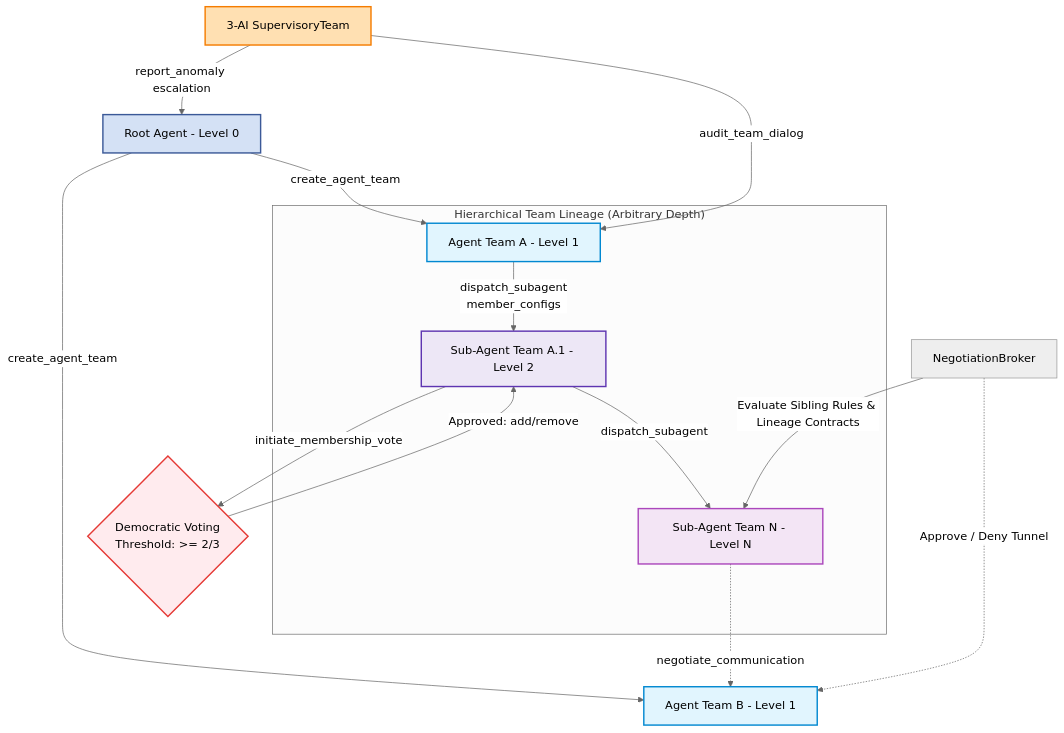
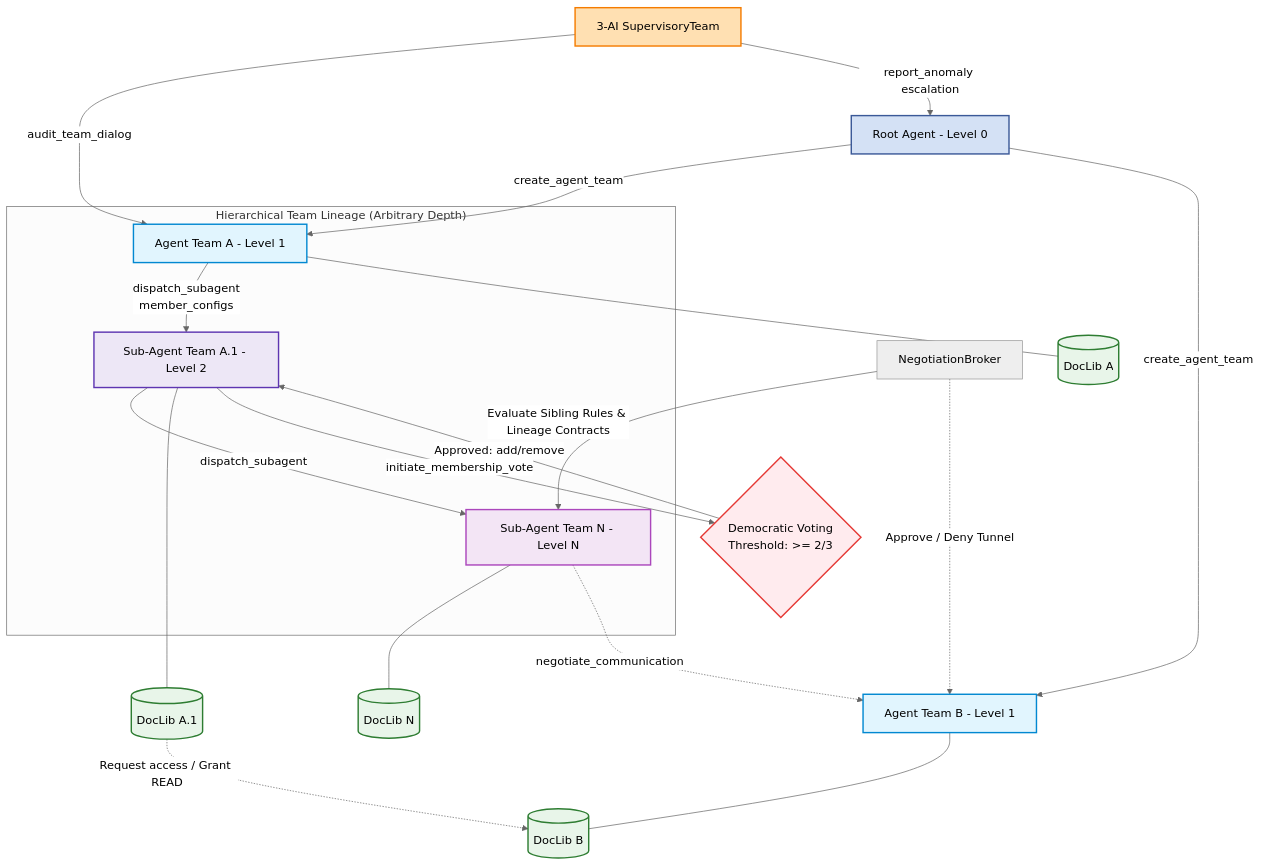
One commit to AI-Team-Team/AI-Team-Team changed the diagram in README.md. Above: the diagram before and after it, drawn with Mermaid (neutral theme). The commit also changed other lines of this file and 13 other files, not shown here.

````diff
--- a/README.md
+++ b/README.md
@@ -74,33 +75,45 @@
 ```mermaid
 graph TD
     %% Lineage Spawning
     Root[Root Agent - Level 0] -->|create_agent_team| TeamA[Agent Team A - Level 1]
     Root -->|create_agent_team| TeamB[Agent Team B - Level 1]
     
     subgraph Lineage ["Hierarchical Team Lineage (Arbitrary Depth)"]
         TeamA -->|dispatch_subagent\nmember_configs| SubTeamA1[Sub-Agent Team A.1 - Level 2]
         SubTeamA1 -->|dispatch_subagent| SubTeamN[Sub-Agent Team N - Level N]
     end
+
+    %% Document Library
+    TeamA --- DocLibA[(DocLib A)]
+    SubTeamA1 --- DocLibA1[(DocLib A.1)]
+    SubTeamN --- DocLibN[(DocLib N)]
+    TeamB --- DocLibB[(DocLib B)]
+    
+    DocLibA1 -.->|Request access / Grant READ| DocLibB
 
     %% Communication Permission Gating
     SubTeamN -.->|negotiate_communication| TeamB
     Broker[NegotiationBroker] -->|Evaluate Sibling Rules & Lineage Contracts| SubTeamN
     Broker -.->|Approve / Deny Tunnel| TeamB
 
     %% Supervisory Dialogue Audits & Escalation
     Supervisor[3-AI SupervisoryTeam] -->|audit_team_dialog| TeamA
     Supervisor -->|report_anomaly escalation| Root
 
     %% Democratic Voting System
     SubTeamA1 -->|initiate_membership_vote| Voting{Democratic Voting\nThreshold: >= 2/3}
     Voting -->|Approved: add/remove| SubTeamA1
     
     %% Styles
     style Root fill:#d4e1f5,stroke:#3b5998,stroke-width:2px;
     style TeamA fill:#e1f5fe,stroke:#0288d1,stroke-width:2px;
     style TeamB fill:#e1f5fe,stroke:#0288d1,stroke-width:2px;
     style SubTeamA1 fill:#ede7f6,stroke:#5e35b1,stroke-width:2px;
     style SubTeamN fill:#f3e5f5,stroke:#ab47bc,stroke-width:2px;
     style Supervisor fill:#ffe0b2,stroke:#f57c00,stroke-width:2px;
     style Voting fill:#ffebee,stroke:#e53935,stroke-width:2px;
+    style DocLibA fill:#e8f5e9,stroke:#2e7d32,stroke-width:2px;
+    style DocLibA1 fill:#e8f5e9,stroke:#2e7d32,stroke-width:2px;
+    style DocLibN fill:#e8f5e9,stroke:#2e7d32,stroke-width:2px;
+    style DocLibB fill:#e8f5e9,stroke:#2e7d32,stroke-width:2px;
 ```
````
